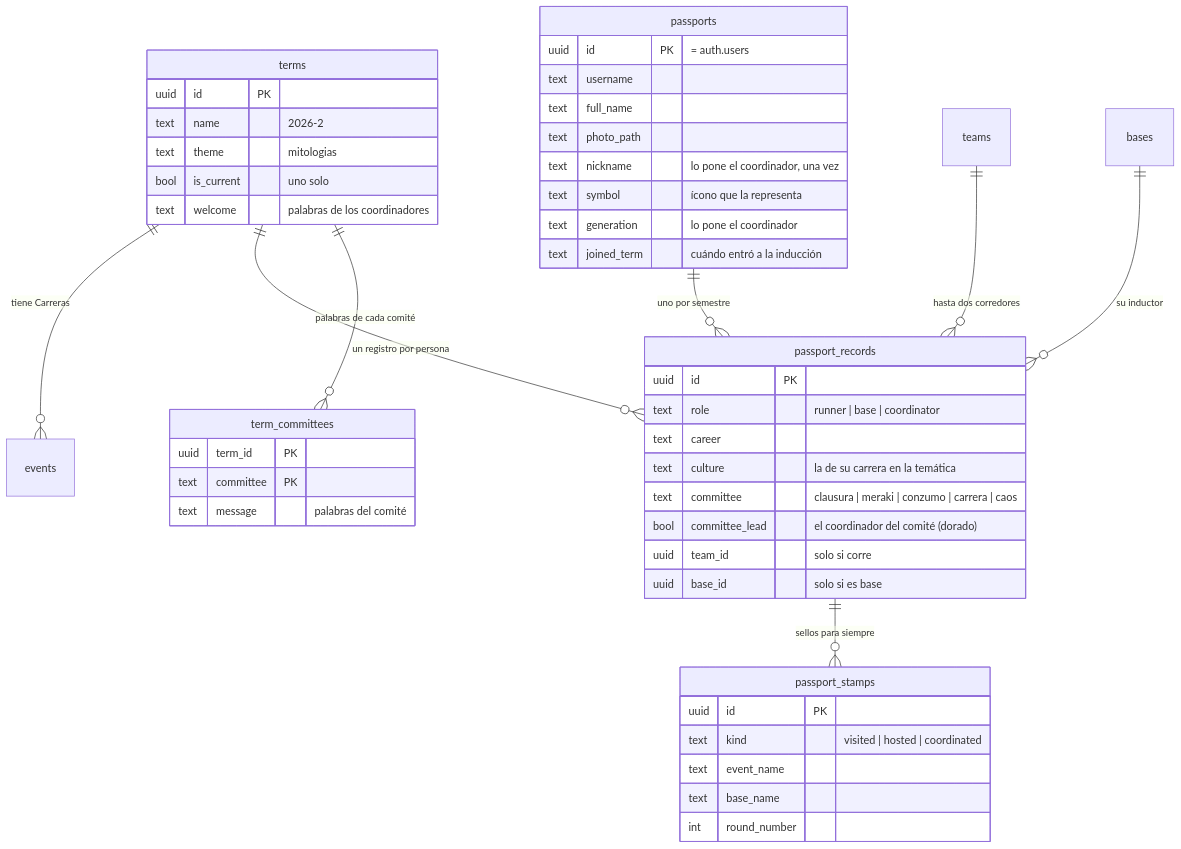
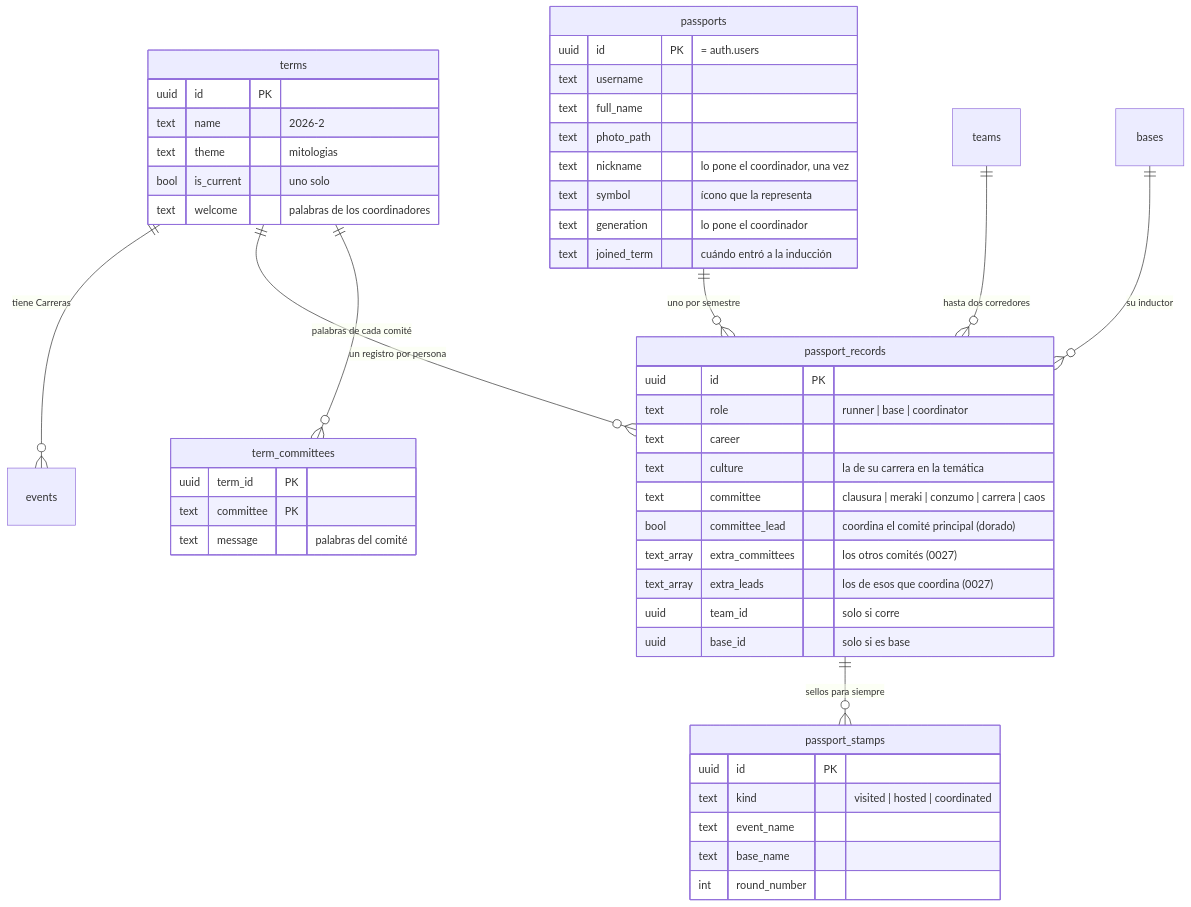
One commit to zdan13l/CarreApp changed the second of 2 diagrams in docs/wiki/Modelo-de-datos.md. Above: the diagram before and after it, drawn with Mermaid. The commit also changed 8 other files, not shown here.

Commit message:
docs(wiki): seals in the app, 0027 and the extra committees; galleries without people

````diff
--- a/docs/wiki/Modelo-de-datos.md
+++ b/docs/wiki/Modelo-de-datos.md
@@ -100,49 +100,51 @@
 ```mermaid
 erDiagram
   terms ||--o{ events : "tiene Carreras"
   terms ||--o{ passport_records : "un registro por persona"
   terms ||--o{ term_committees : "palabras de cada comité"
   passports ||--o{ passport_records : "uno por semestre"
   teams ||--o{ passport_records : "hasta dos corredores"
   bases ||--o{ passport_records : "su inductor"
   passport_records ||--o{ passport_stamps : "sellos para siempre"
   terms {
     uuid id PK
     text name "2026-2"
     text theme "mitologias"
     bool is_current "uno solo"
     text welcome "palabras de los coordinadores"
   }
   term_committees {
     uuid term_id PK
     text committee PK
     text message "palabras del comité"
   }
   passports {
     uuid id PK "= auth.users"
     text username
     text full_name
     text photo_path
     text nickname "lo pone el coordinador, una vez"
     text symbol "ícono que la representa"
     text generation "lo pone el coordinador"
     text joined_term "cuándo entró a la inducción"
   }
   passport_records {
     uuid id PK
     text role "runner | base | coordinator"
     text career
     text culture "la de su carrera en la temática"
     text committee "clausura | meraki | conzumo | carrera | caos"
-    bool committee_lead "el coordinador del comité (dorado)"
+    bool committee_lead "coordina el comité principal (dorado)"
+    text_array extra_committees "los otros comités (0027)"
+    text_array extra_leads "los de esos que coordina (0027)"
     uuid team_id "solo si corre"
     uuid base_id "solo si es base"
   }
   passport_stamps {
     uuid id PK
     text kind "visited | hosted | coordinated"
     text event_name
     text base_name
     int round_number
   }
 ```
````
